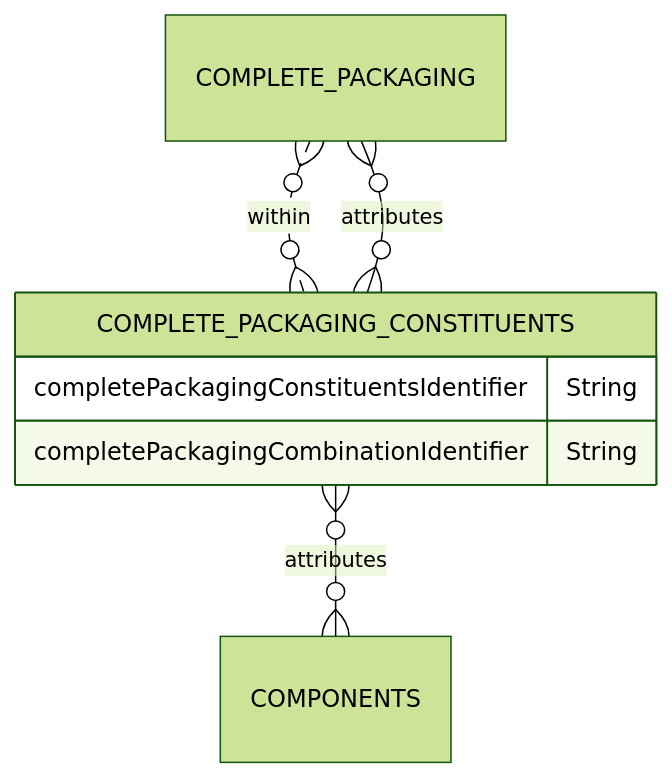
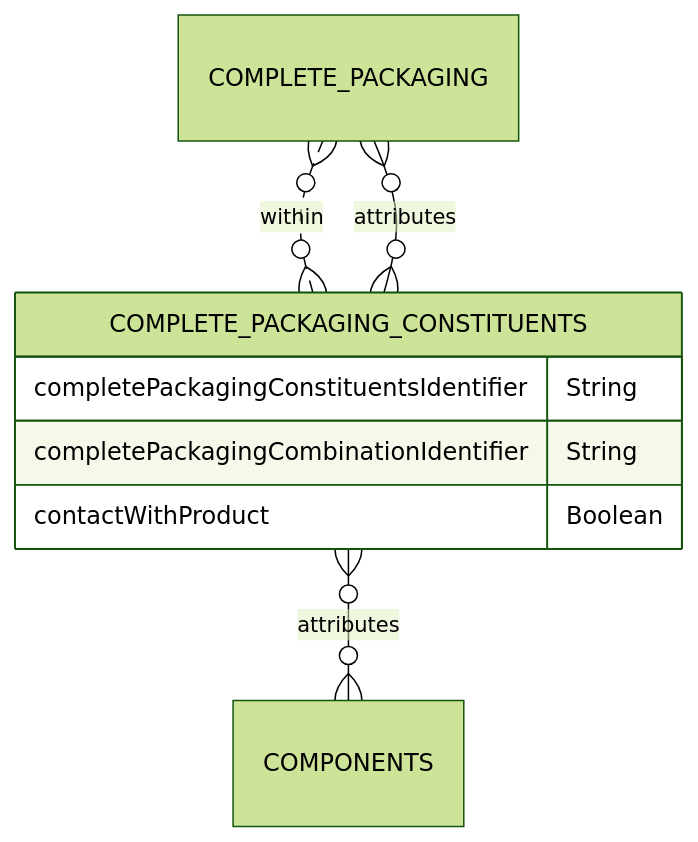
The diagram in docs/6_Relationship_Lists/6_003_Complete_Packaging_Constituents.md (OpenDataManchester/Open3P), drawn with Mermaid (forest theme) before and after one commit. The commit also changed other lines of this file, not shown here.

Commit message:
Added contactWithProduct boolean

````diff
--- a/docs/6_Relationship_Lists/6_003_Complete_Packaging_Constituents.md
+++ b/docs/6_Relationship_Lists/6_003_Complete_Packaging_Constituents.md
@@ -18,11 +19,12 @@
 ``` mermaid
 erDiagram
 
   COMPLETE_PACKAGING }o..o{ COMPLETE_PACKAGING_CONSTITUENTS : within
   COMPLETE_PACKAGING_CONSTITUENTS {
     completePackagingConstituentsIdentifier String
     completePackagingCombinationIdentifier String
+    contactWithProduct Boolean
   }
   COMPLETE_PACKAGING_CONSTITUENTS }o--o{ COMPONENTS : attributes
   COMPLETE_PACKAGING_CONSTITUENTS }o--o{ COMPLETE_PACKAGING : attributes
 ```
````
